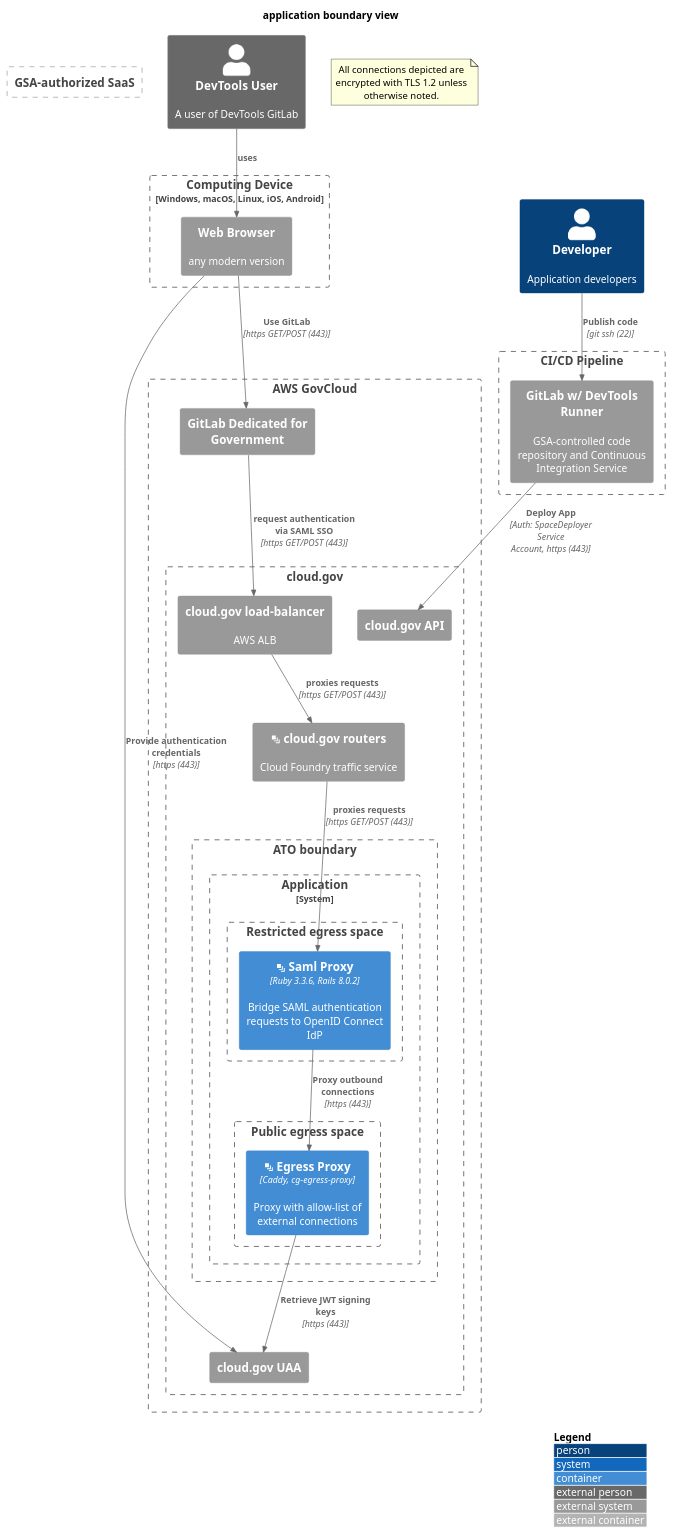
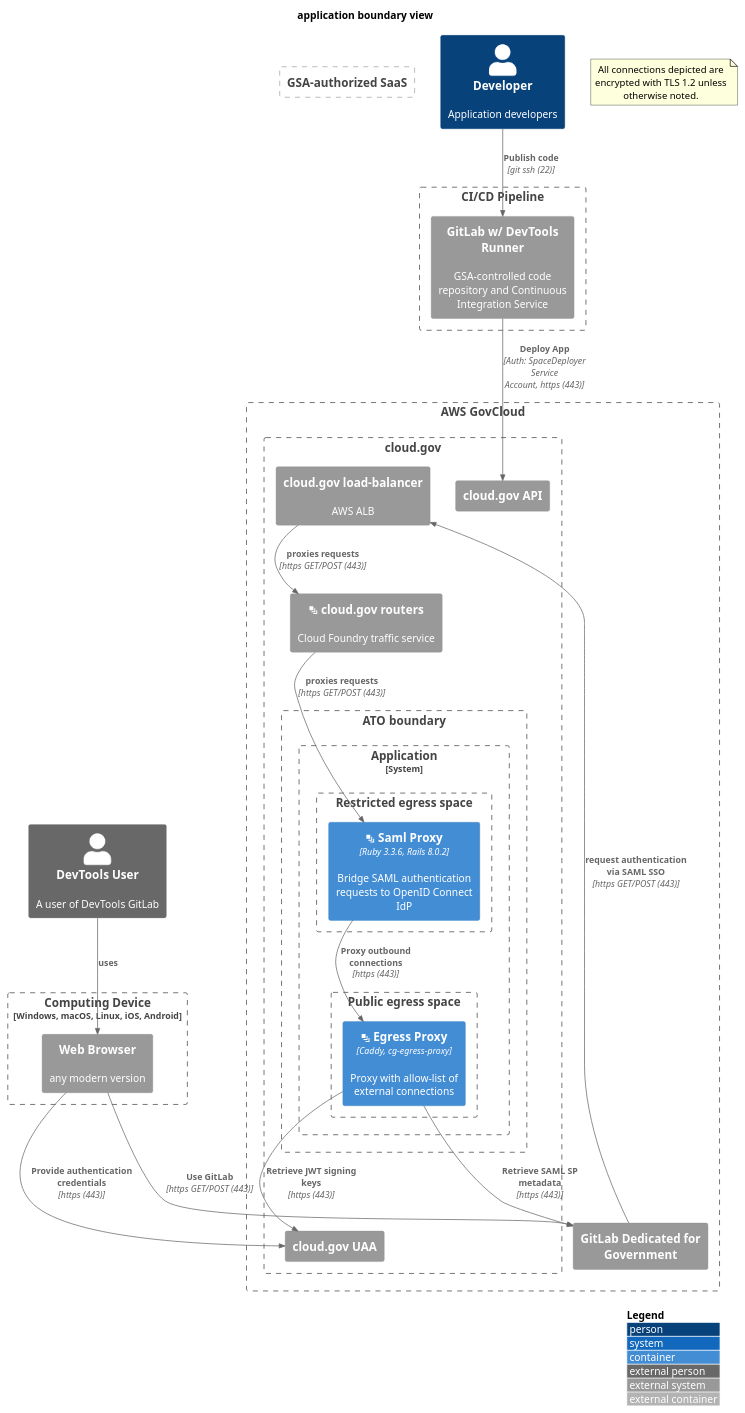
One commit to rahearn/saml-proxy changed the diagram in doc/compliance/apps/application.boundary.md. Above: the diagram before and after it, drawn with PlantUML. The commit also changed 8 other files, not shown here.

Commit message:
Update diagrams for authentication request signing workflow

````diff
--- a/doc/compliance/apps/application.boundary.md
+++ b/doc/compliance/apps/application.boundary.md
@@ -5,57 +5,58 @@
 ```plantuml
 @startuml
 !include https://raw.githubusercontent.com/plantuml-stdlib/C4-PlantUML/master/C4_Container.puml
 ' uncomment the following line and comment the first to use locally
 ' !include C4_Container.puml
 LAYOUT_WITH_LEGEND()
 title application boundary view
 
 Person_Ext(public, "DevTools User", "A user of DevTools GitLab")
 Person(developer, "Developer", "Application developers")
 
 Boundary(device, "Computing Device", "Windows, macOS, Linux, iOS, Android"){
     System_Ext(browser, "Web Browser", "any modern version")
 }
 Rel(public, browser, "uses", "")
 
 note as EncryptionNote
 All connections depicted are encrypted with TLS 1.2 unless otherwise noted.
 end note
 Boundary(aws, "AWS GovCloud") {
     System_Ext(gdg, "GitLab Dedicated for Government")
     Boundary(cloudgov, "cloud.gov") {
         System_Ext(cg_api, "cloud.gov API")
         System_Ext(cg_uaa, "cloud.gov UAA")
         System_Ext(aws_alb, "cloud.gov load-balancer", "AWS ALB")
         System_Ext(cloudgov_router, "<&layers> cloud.gov routers", "Cloud Foundry traffic service")
         Boundary(atob, "ATO boundary") {
             System_Boundary(inventory, "Application") {
                 Boundary(restricted_space, "Restricted egress space") {
                     Container(app, "<&layers> Saml Proxy", "Ruby 3.3.6, Rails 8.0.2", "Bridge SAML authentication requests to OpenID Connect IdP")
                 }
                 Boundary(egress_space, "Public egress space") {
                     Container(proxy, "<&layers> Egress Proxy", "Caddy, cg-egress-proxy", "Proxy with allow-list of external connections")
                 }
             }
         }
     }
 }
 
 Boundary(gsa_saas, "GSA-authorized SaaS") {
 }
 
 Boundary(cicd, "CI/CD Pipeline") {
     System_Ext(gitlabci, "GitLab w/ DevTools Runner", "GSA-controlled code repository and Continuous Integration Service")
 }
 
 Rel(browser, gdg, "Use GitLab", "https GET/POST (443)")
 Rel(gdg, aws_alb, "request authentication via SAML SSO", "https GET/POST (443)")
 Rel(aws_alb, cloudgov_router, "proxies requests", "https GET/POST (443)")
 Rel(cloudgov_router, app, "proxies requests", "https GET/POST (443)")
 Rel(developer, gitlabci, "Publish code", "git ssh (22)")
 Rel(gitlabci, cg_api, "Deploy App", "Auth: SpaceDeployer Service Account, https (443)")
 Rel(app, proxy, "Proxy outbound connections", "https (443)")
 Rel(proxy, cg_uaa, "Retrieve JWT signing keys", "https (443)")
+Rel(proxy, gdg, "Retrieve SAML SP metadata", "https (443)")
 Rel(browser, cg_uaa, "Provide authentication credentials", "https (443)")
 @enduml
 ```
````
